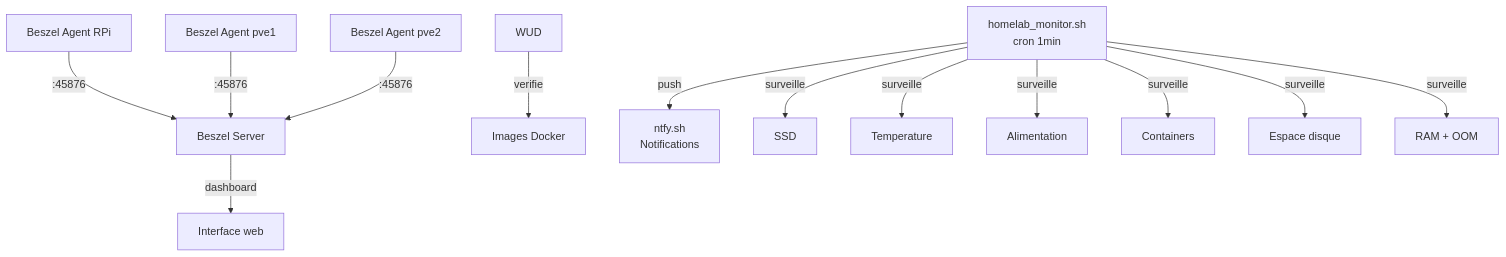
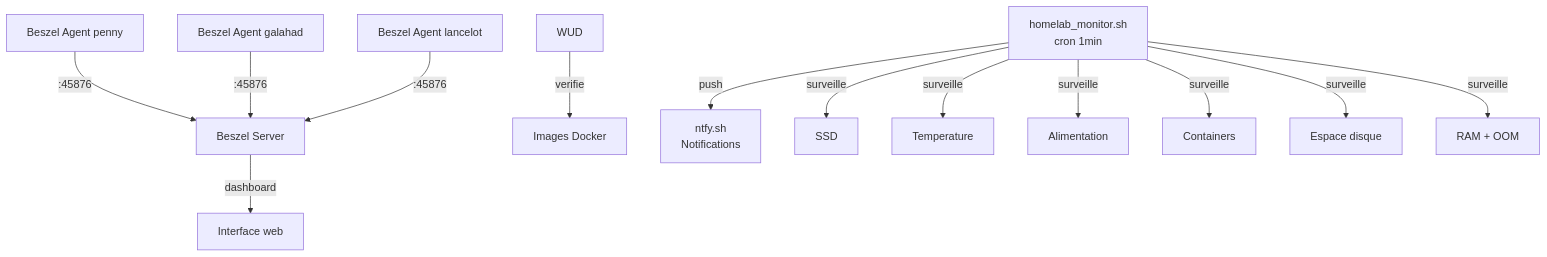
The diagram in docs/infrastructure/monitoring.md (GabinSMD/homelab-doc), drawn with Mermaid before and after one commit. The commit also changed other lines of this file and 12 other files, not shown here.

````diff
--- a/docs/infrastructure/monitoring.md
+++ b/docs/infrastructure/monitoring.md
@@ -5,17 +5,17 @@
 ```mermaid
 graph TD
     Script[homelab_monitor.sh<br/>cron 1min] -->|push| Ntfy[ntfy.sh<br/>Notifications]
     Beszel[Beszel Server] -->|dashboard| Web[Interface web]
     WUD[WUD] -->|verifie| Docker[Images Docker]
     
     Script -->|surveille| SSD[SSD]
     Script -->|surveille| Temp[Temperature]
     Script -->|surveille| Power[Alimentation]
     Script -->|surveille| Containers[Containers]
     Script -->|surveille| Disk[Espace disque]
     Script -->|surveille| RAM[RAM + OOM]
 
-    Agent1[Beszel Agent RPi] -->|:45876| Beszel
-    Agent2[Beszel Agent pve1] -->|:45876| Beszel
-    Agent3[Beszel Agent pve2] -->|:45876| Beszel
+    Agent1[Beszel Agent penny] -->|:45876| Beszel
+    Agent2[Beszel Agent galahad] -->|:45876| Beszel
+    Agent3[Beszel Agent lancelot] -->|:45876| Beszel
 ```
````
